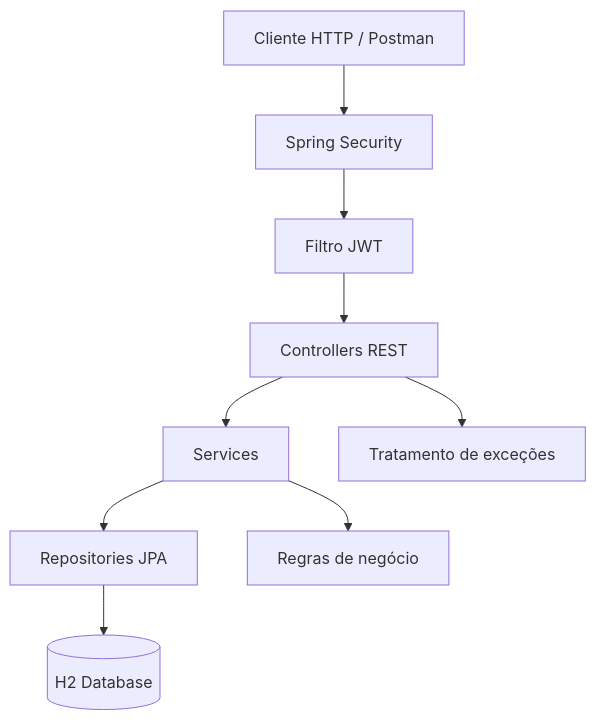
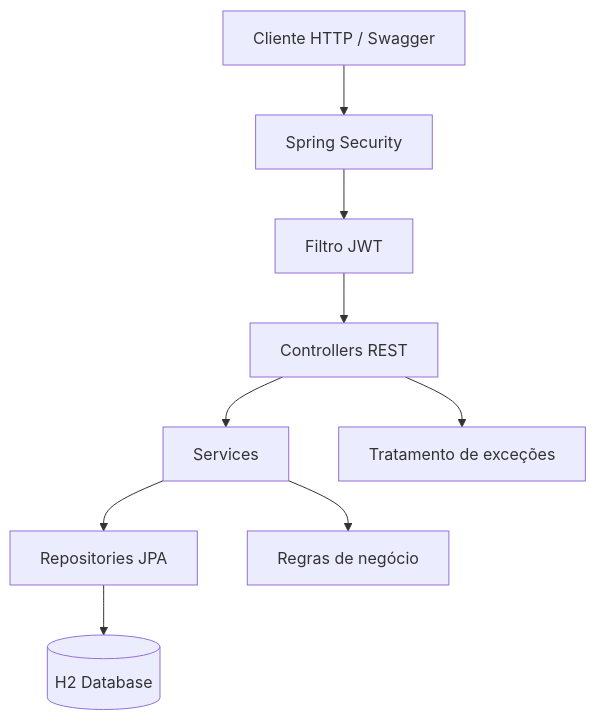
One commit to mdouracyfreire/equiptrack-api changed the first of 2 diagrams in README.md. Above: the diagram before and after it, drawn with Mermaid. The commit also changed other lines of this file, not shown here.

````diff
--- a/README.md
+++ b/README.md
@@ -128,12 +78,12 @@
 ```mermaid
 flowchart TD
-    A[Cliente HTTP / Postman] --> B[Spring Security]
+    A[Cliente HTTP / Swagger] --> B[Spring Security]
     B --> C[Filtro JWT]
     C --> D[Controllers REST]
     D --> E[Services]
     E --> F[Repositories JPA]
     F --> G[(H2 Database)]
 
     E --> H[Regras de negócio]
     D --> I[Tratamento de exceções]
 ```
````
